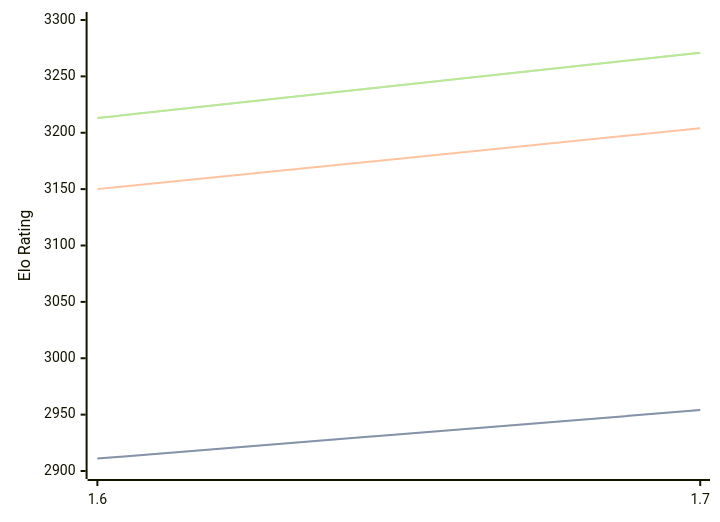
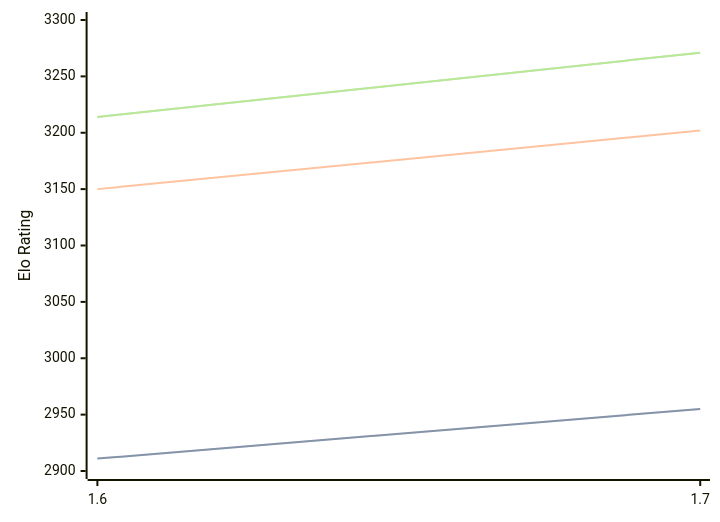
One commit to computer-chess-index/cci changed the diagram in engines/Bitbit.md. Above: the diagram before and after it, drawn with Mermaid. The commit also changed other lines of this file, not shown here.

Commit message:
Update CCI Ratings (ELO VLTC) - 2026-10-02

````diff
--- a/engines/Bitbit.md
+++ b/engines/Bitbit.md
@@ -32,11 +32,11 @@
 ```mermaid
 %%{init: {"theme":"base","themeVariables":{"seriesColors:['#a3a3a3','#222221','#faa371']}}}%%
 xychart-beta
   x-axis ["1.6", "1.7"]
   y-axis "Elo Rating" 2900 --> 3300
-  line "" [2911, 2954]
-  line "STC (8.0+0.08s)" [2911, 2954]
-  line "LTC (60.0+0.60s)" [3150, 3204]
-  line "" [3213, 3271]
-  line "VLTC (2m24s+1.12s)" [3213, 3271]
+  line "" [2911, 2955]
+  line "STC (8.0+0.08s)" [2911, 2955]
+  line "LTC (60.0+0.60s)" [3150, 3202]
+  line "" [3214, 3271]
+  line "VLTC (2m24s+1.12s)" [3214, 3271]
 ```
````
